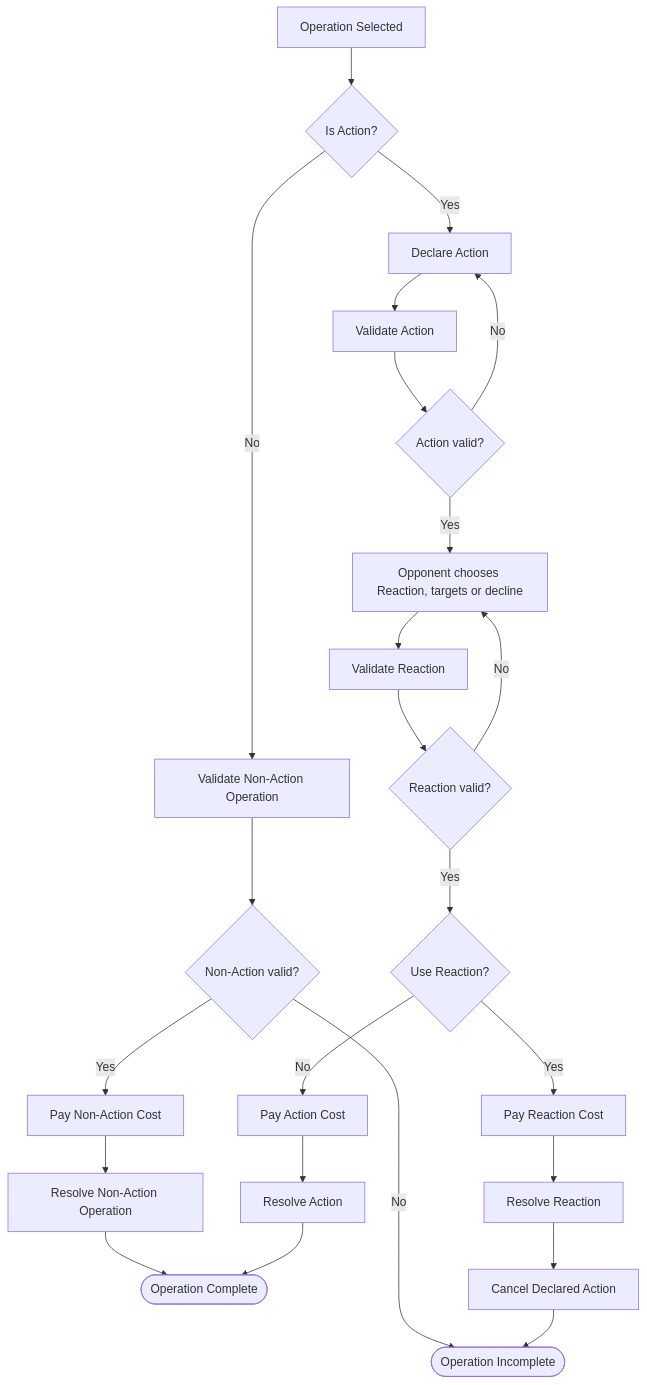
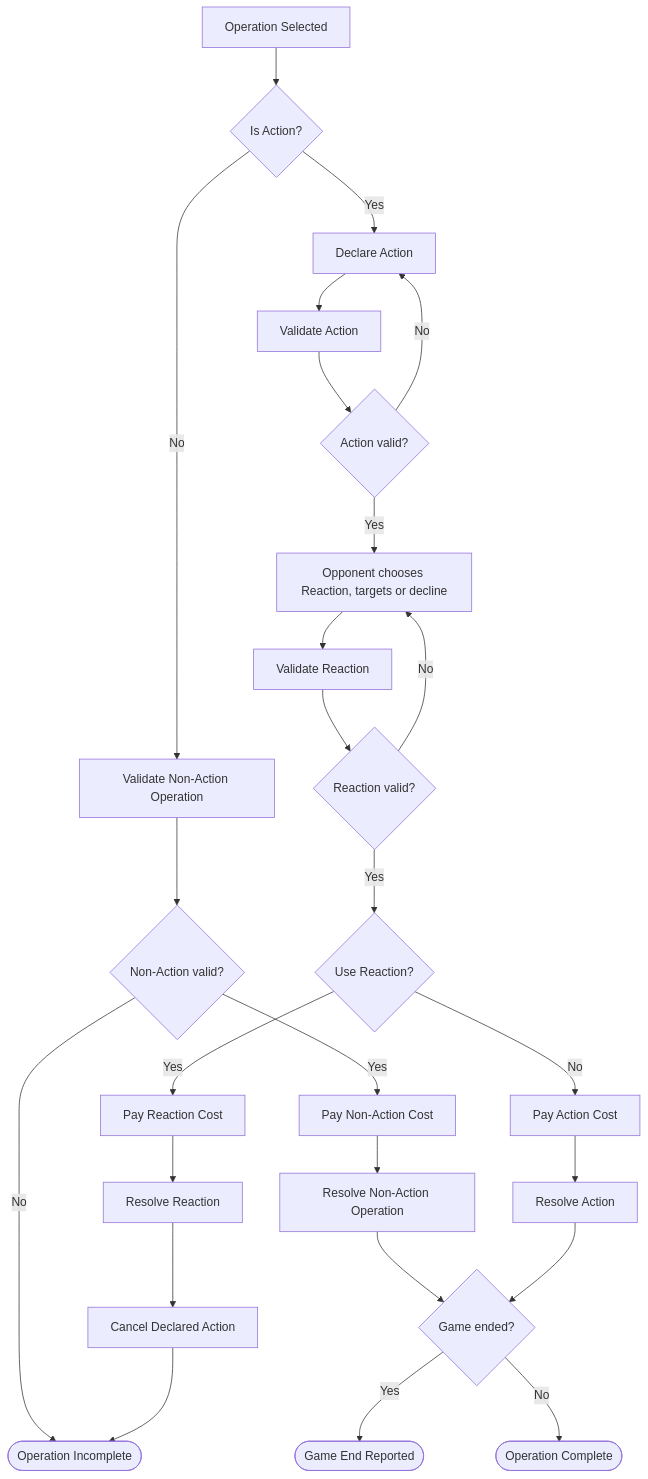
The diagram in docs/process/action-reaction-flow.md (kjun1/card-game), drawn with Mermaid before and after one commit. The commit also changed other lines of this file and 28 other files, not shown here.

```diff
--- a/docs/process/action-reaction-flow.md
+++ b/docs/process/action-reaction-flow.md
@@ -20,28 +20,30 @@
 ~~~mermaid
 flowchart TD
     S[Operation Selected] --> A{Is Action?}
     A -- No --> VN[Validate Non-Action Operation]
     VN --> NV{Non-Action valid?}
     NV -- No --> U([Operation Incomplete])
     NV -- Yes --> NC[Pay Non-Action Cost]
     NC --> N[Resolve Non-Action Operation]
-    N --> C([Operation Complete])
+    N --> GE{Game ended?}
+    GE -- Yes --> ER([Game End Reported])
+    GE -- No --> C([Operation Complete])
 
     A -- Yes --> D[Declare Action]
     D --> VA[Validate Action]
     VA --> AV{Action valid?}
     AV -- No --> D
     AV -- Yes --> R[Opponent chooses Reaction, targets or decline]
     R --> VR[Validate Reaction]
     VR --> RV{Reaction valid?}
     RV -- No --> R
     RV -- Yes --> G{Use Reaction?}
     G -- Yes --> RC[Pay Reaction Cost]
     RC --> RR[Resolve Reaction]
     RR --> X[Cancel Declared Action]
     X --> U
 
     G -- No --> AC[Pay Action Cost]
     AC --> AR[Resolve Action]
-    AR --> C
+    AR --> GE
 ~~~
```
